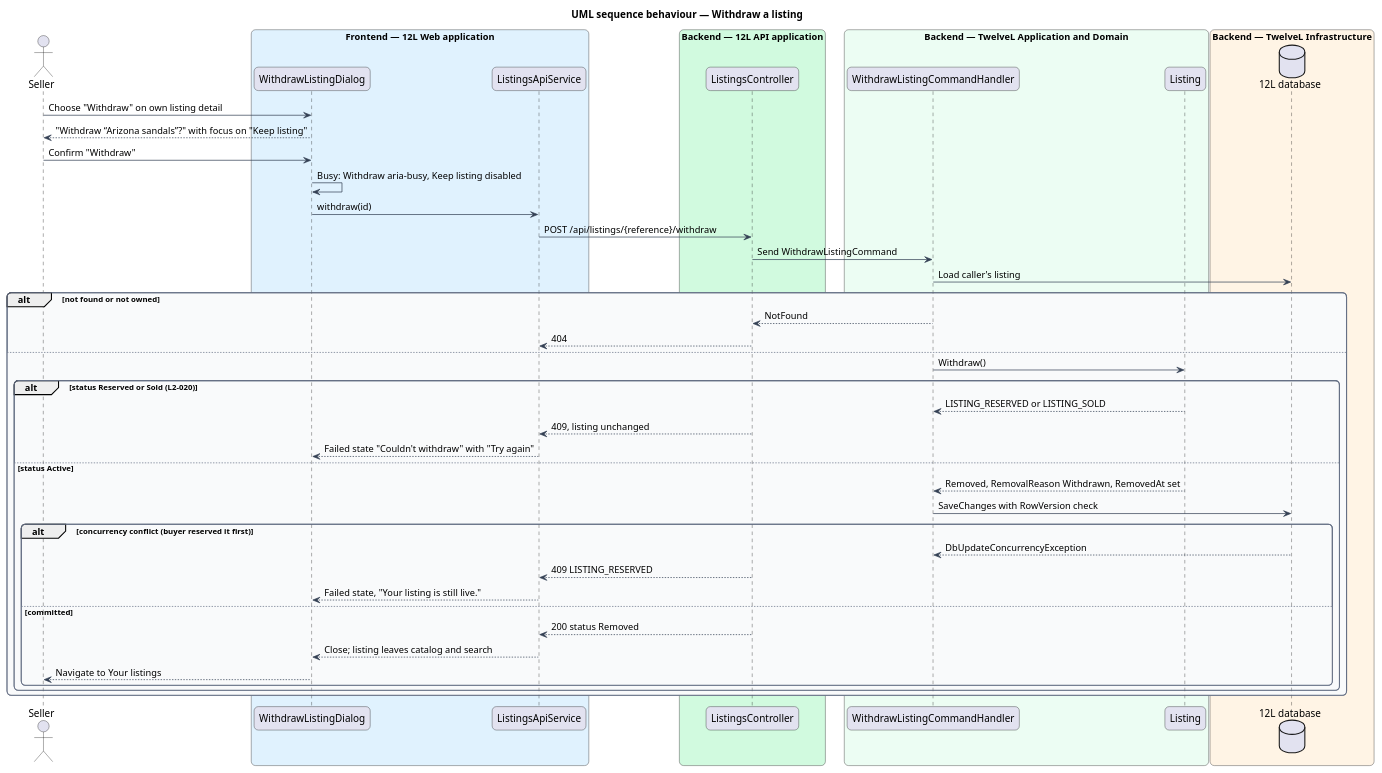
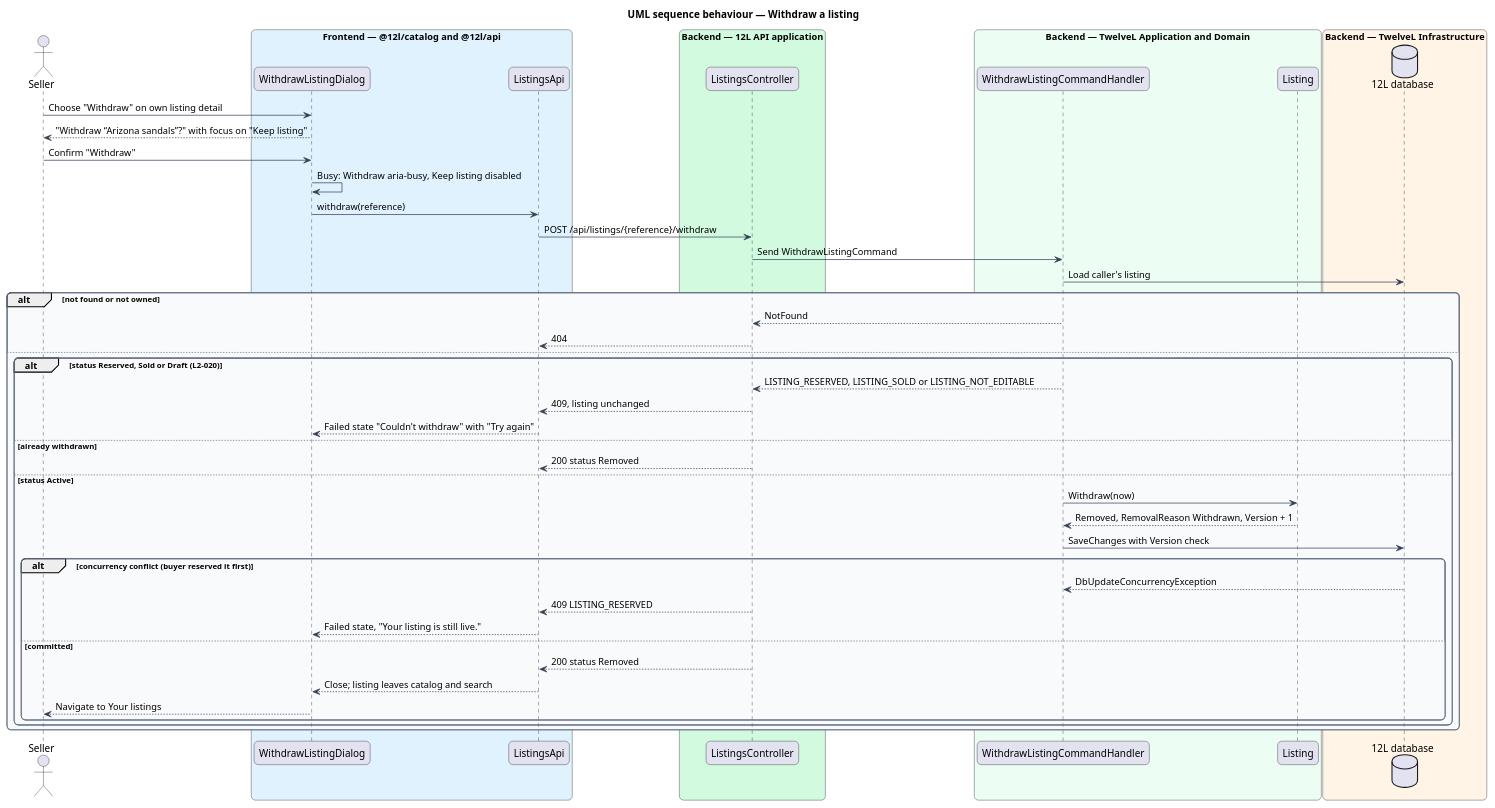
One commit to QuinntyneBrown/12l changed the diagram in docs/detailed-designs/listings/edit-and-withdraw-listing/diagrams/sequence-withdraw-listing.puml. Above: the diagram before and after it, drawn with PlantUML. The commit also changed 18 other files, not shown here.

Commit message:
Document edit-and-withdraw-listing: design, ADR listings/0003, mocks, L2-020, composition, estimates

```diff
--- a/docs/detailed-designs/listings/edit-and-withdraw-listing/diagrams/sequence-withdraw-listing.puml
+++ b/docs/detailed-designs/listings/edit-and-withdraw-listing/diagrams/sequence-withdraw-listing.puml
@@ -1,63 +1,65 @@
 @startuml
 title UML sequence behaviour — Withdraw a listing
 skinparam backgroundColor #FFFFFF
 skinparam shadowing false
 skinparam roundcorner 12
 skinparam defaultFontName Arial
 skinparam ArrowColor #344054
 skinparam rectangle {
   BorderColor #344054
   FontColor #101828
 }
 skinparam package {
   BorderColor #667085
   FontColor #101828
   BackgroundColor #F9FAFB
 }
 actor "Seller" as actor
-box "Frontend — 12L Web application" #E0F2FE
+box "Frontend — @12l/catalog and @12l/api" #E0F2FE
   participant "WithdrawListingDialog" as dialog
-  participant "ListingsApiService" as client
+  participant "ListingsApi" as client
 end box
 box "Backend — 12L API application" #D1FADF
   participant "ListingsController" as controller
 end box
 box "Backend — TwelveL Application and Domain" #ECFDF3
   participant "WithdrawListingCommandHandler" as handler
   participant "Listing" as entity
 end box
 box "Backend — TwelveL Infrastructure" #FFF4E5
   database "12L database" as db
 end box
 actor -> dialog : Choose "Withdraw" on own listing detail
 dialog --> actor : "Withdraw “Arizona sandals”?" with focus on "Keep listing"
 actor -> dialog : Confirm "Withdraw"
 dialog -> dialog : Busy: Withdraw aria-busy, Keep listing disabled
-dialog -> client : withdraw(id)
+dialog -> client : withdraw(reference)
 client -> controller : POST /api/listings/{reference}/withdraw
 controller -> handler : Send WithdrawListingCommand
 handler -> db : Load caller's listing
 alt not found or not owned
   handler --> controller : NotFound
   controller --> client : 404
 else
-  handler -> entity : Withdraw()
-  alt status Reserved or Sold (L2-020)
-    entity --> handler : LISTING_RESERVED or LISTING_SOLD
+  alt status Reserved, Sold or Draft (L2-020)
+    handler --> controller : LISTING_RESERVED, LISTING_SOLD or LISTING_NOT_EDITABLE
     controller --> client : 409, listing unchanged
     client --> dialog : Failed state "Couldn't withdraw" with "Try again"
+  else already withdrawn
+    controller --> client : 200 status Removed
   else status Active
-    entity --> handler : Removed, RemovalReason Withdrawn, RemovedAt set
-    handler -> db : SaveChanges with RowVersion check
+    handler -> entity : Withdraw(now)
+    entity --> handler : Removed, RemovalReason Withdrawn, Version + 1
+    handler -> db : SaveChanges with Version check
     alt concurrency conflict (buyer reserved it first)
       db --> handler : DbUpdateConcurrencyException
       controller --> client : 409 LISTING_RESERVED
       client --> dialog : Failed state, "Your listing is still live."
     else committed
       controller --> client : 200 status Removed
       client --> dialog : Close; listing leaves catalog and search
       dialog --> actor : Navigate to Your listings
     end
   end
 end
 @enduml
```
